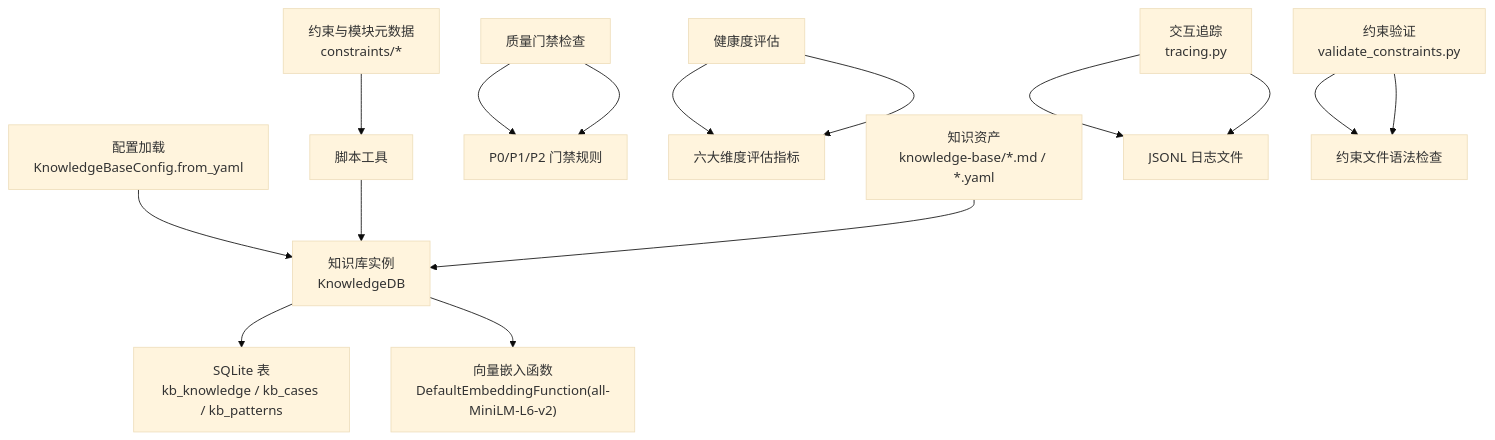
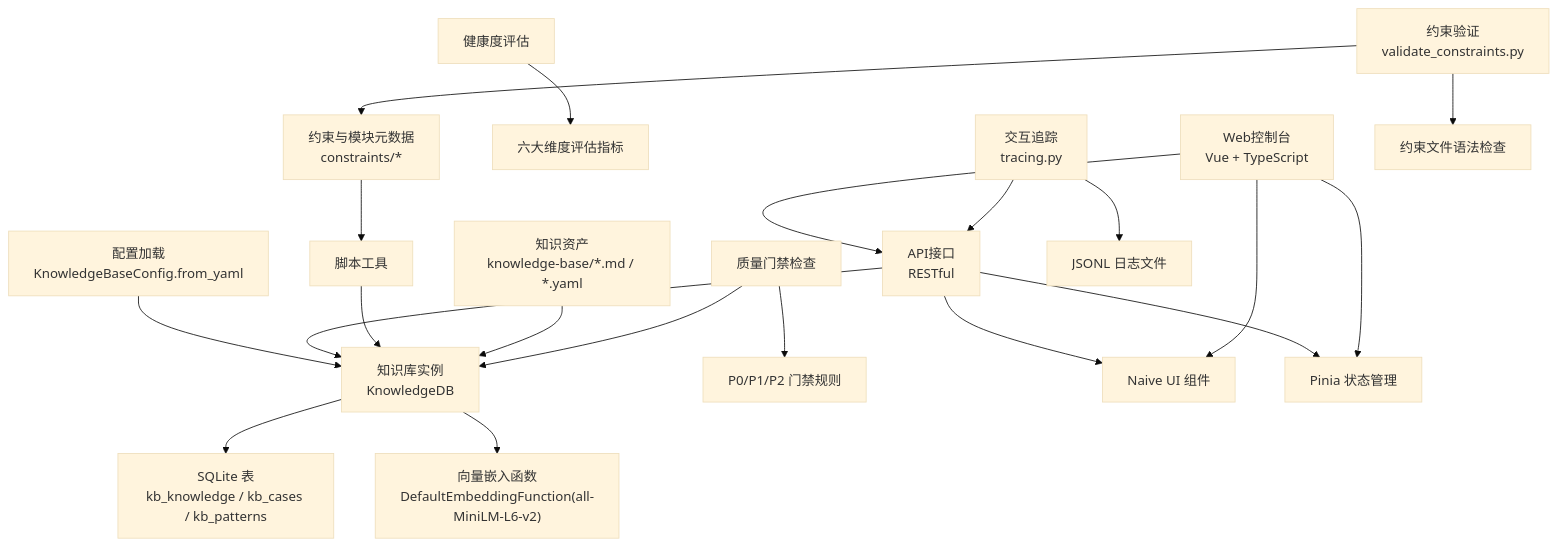
One commit to afcartevil/automated-test-script changed the second of 13 diagrams in .qoder/repowiki/zh/content/知识库管理系统/知识库管理系统.md. Above: the diagram before and after it, drawn with Mermaid (base theme). The commit also changed other lines of this file and 650 other files, not shown here.

````diff
--- a/.qoder/repowiki/zh/content/知识库管理系统/知识库管理系统.md
+++ b/.qoder/repowiki/zh/content/知识库管理系统/知识库管理系统.md
@@ -154,17 +170,22 @@
 ```mermaid
 graph TB
 A["配置加载<br/>KnowledgeBaseConfig.from_yaml"] --> B["知识库实例<br/>KnowledgeDB"]
 B --> C["SQLite 表<br/>kb_knowledge / kb_cases / kb_patterns"]
 B --> D["向量嵌入函数<br/>DefaultEmbeddingFunction(all-MiniLM-L6-v2)"]
-E["脚本工具"] --> B
-F["质量门禁检查"] --> G["P0/P1/P2 门禁规则"]
-H["健康度评估"] --> I["六大维度评估指标"]
-J["知识资产<br/>knowledge-base/*.md / *.yaml"] --> B
-K["约束与模块元数据<br/>constraints/*"] --> E
-L["交互追踪<br/>tracing.py"] --> M["JSONL 日志文件"]
-N["约束验证<br/>validate_constraints.py"] --> O["约束文件语法检查"]
-F --> G
-H --> I
-N --> O
-L --> M
+E["Web控制台<br/>Vue + TypeScript"] --> F["API接口<br/>RESTful"]
+F --> B
+G["脚本工具"] --> B
+H["质量门禁检查"] --> I["P0/P1/P2 门禁规则"]
+J["健康度评估"] --> K["六大维度评估指标"]
+L["知识资产<br/>knowledge-base/*.md / *.yaml"] --> B
+M["约束与模块元数据<br/>constraints/*"] --> G
+N["交互追踪<br/>tracing.py"] --> O["JSONL 日志文件"]
+P["约束验证<br/>validate_constraints.py"] --> Q["约束文件语法检查"]
+F --> R["Naive UI 组件"]
+F --> S["Pinia 状态管理"]
+E --> R
+E --> S
+H --> B
+N --> F
+P --> M
 ```
````
